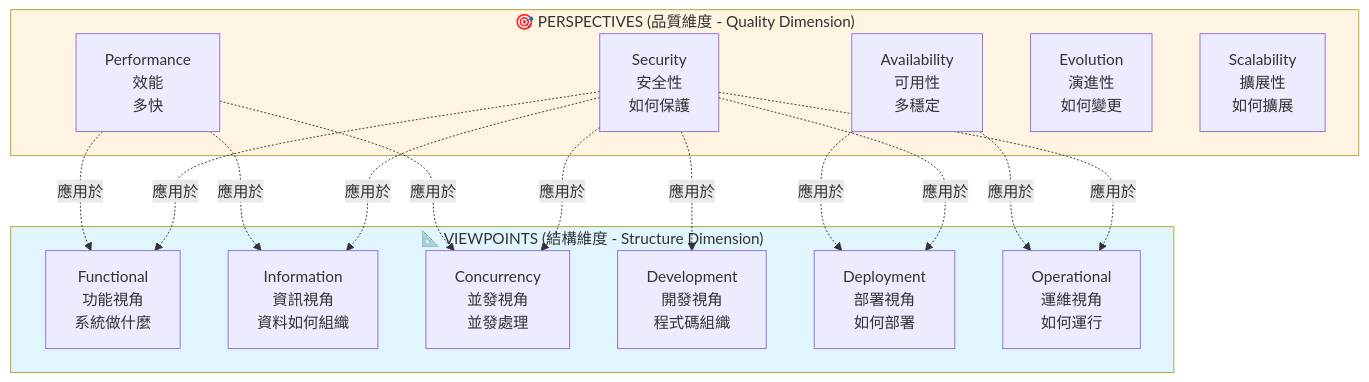
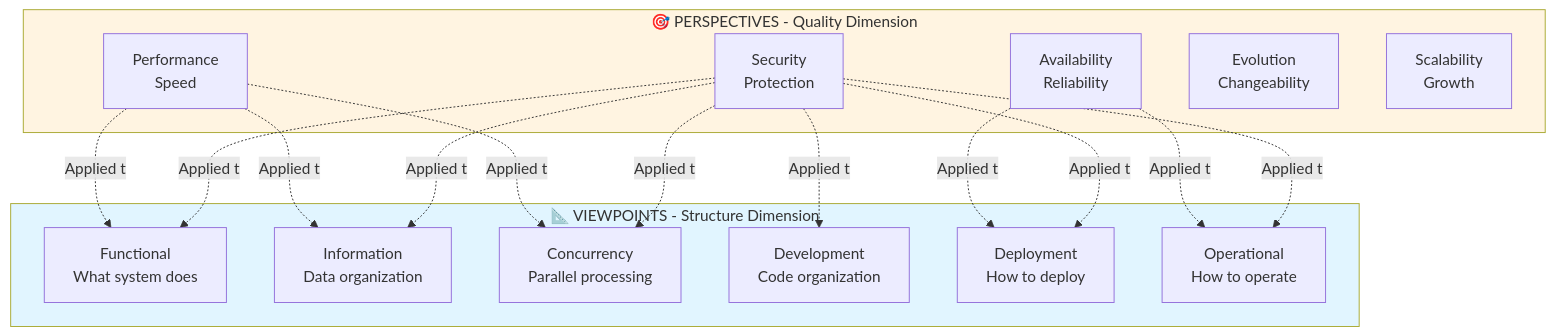
One commit to humank/genai-demo changed the first of 3 diagrams in docs/rozanski-woods-methodology-guide.md. Above: the diagram before and after it, drawn with Mermaid. The commit also changed other lines of this file, not shown here.

````diff
--- a/docs/rozanski-woods-methodology-guide.md
+++ b/docs/rozanski-woods-methodology-guide.md
@@ -52,36 +52,36 @@
 ```mermaid
 graph TB
-    subgraph VP["📐 VIEWPOINTS (結構維度 - Structure Dimension)"]
-        V1[Functional<br/>功能視角<br/>系統做什麼]
-        V2[Information<br/>資訊視角<br/>資料如何組織]
-        V3[Concurrency<br/>並發視角<br/>並發處理]
-        V4[Development<br/>開發視角<br/>程式碼組織]
-        V5[Deployment<br/>部署視角<br/>如何部署]
-        V6[Operational<br/>運維視角<br/>如何運行]
+    subgraph VP["📐 VIEWPOINTS - Structure Dimension"]
+        V1[Functional<br/>What system does]
+        V2[Information<br/>Data organization]
+        V3[Concurrency<br/>Parallel processing]
+        V4[Development<br/>Code organization]
+        V5[Deployment<br/>How to deploy]
+        V6[Operational<br/>How to operate]
     end
     
-    subgraph PS["🎯 PERSPECTIVES (品質維度 - Quality Dimension)"]
-        P1[Security<br/>安全性<br/>如何保護]
-        P2[Performance<br/>效能<br/>多快]
-        P3[Availability<br/>可用性<br/>多穩定]
-        P4[Evolution<br/>演進性<br/>如何變更]
-        P5[Scalability<br/>擴展性<br/>如何擴展]
+    subgraph PS["🎯 PERSPECTIVES - Quality Dimension"]
+        P1[Security<br/>Protection]
+        P2[Performance<br/>Speed]
+        P3[Availability<br/>Reliability]
+        P4[Evolution<br/>Changeability]
+        P5[Scalability<br/>Growth]
     end
     
-    P1 -.應用於.-> V1
-    P1 -.應用於.-> V2
-    P1 -.應用於.-> V3
-    P1 -.應用於.-> V4
-    P1 -.應用於.-> V5
-    P1 -.應用於.-> V6
+    P1 -.Applied to.-> V1
+    P1 -.Applied to.-> V2
+    P1 -.Applied to.-> V3
+    P1 -.Applied to.-> V4
+    P1 -.Applied to.-> V5
+    P1 -.Applied to.-> V6
     
-    P2 -.應用於.-> V1
-    P2 -.應用於.-> V2
-    P2 -.應用於.-> V3
+    P2 -.Applied to.-> V1
+    P2 -.Applied to.-> V2
+    P2 -.Applied to.-> V3
     
-    P3 -.應用於.-> V5
-    P3 -.應用於.-> V6
+    P3 -.Applied to.-> V5
+    P3 -.Applied to.-> V6
     
     style VP fill:#e1f5ff
     style PS fill:#fff4e1
 ```
````
